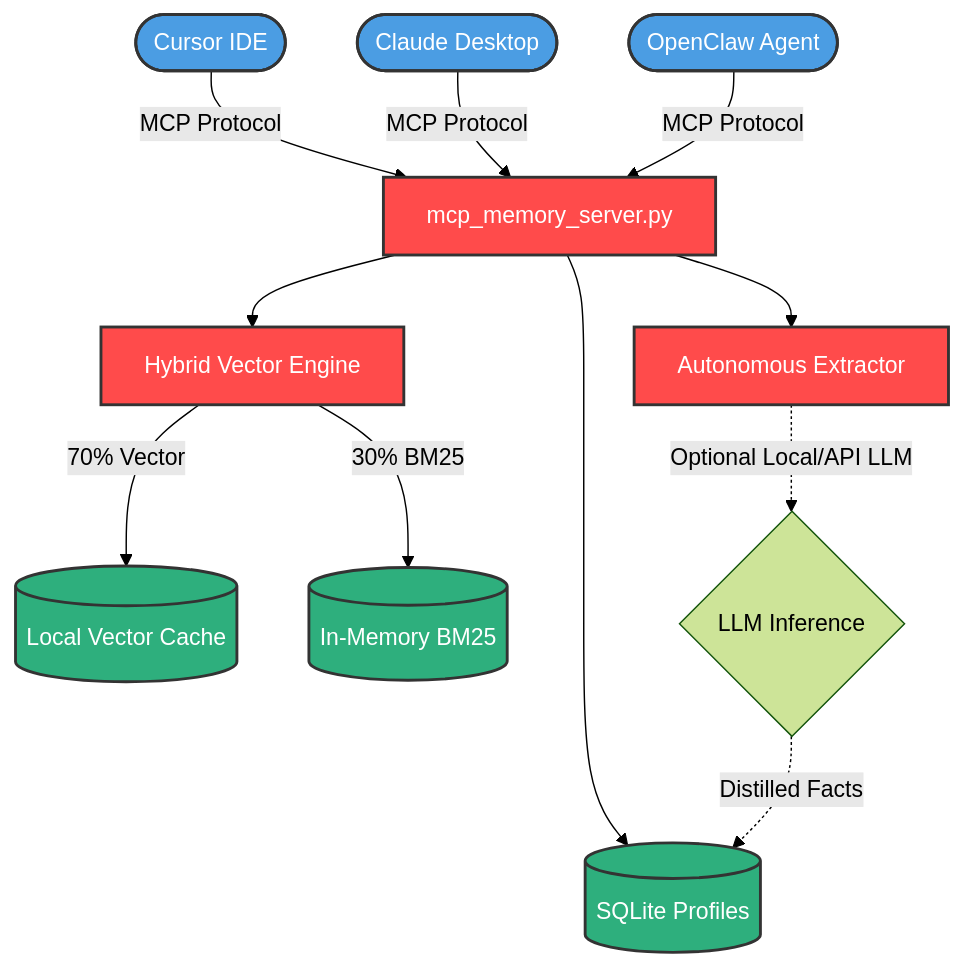
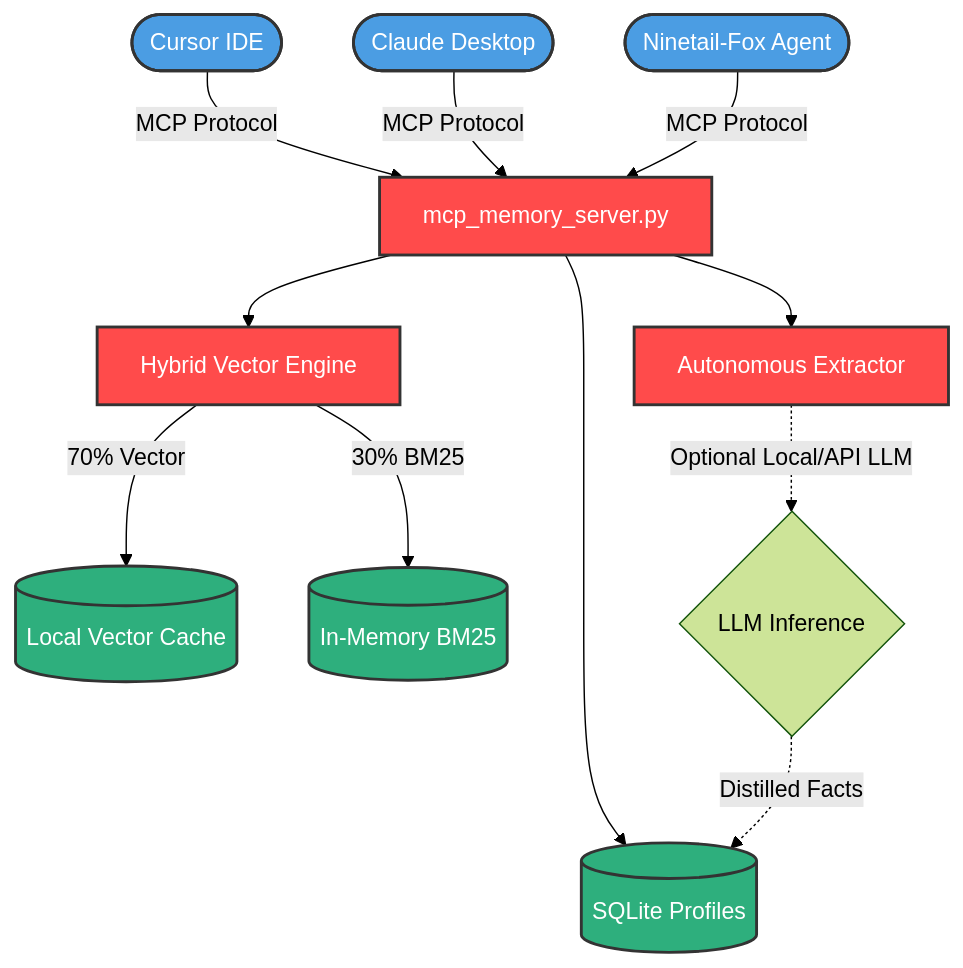
One commit to sunhonghua1/Ninetail-Fox-Memory- changed the diagram in README.md. Above: the diagram before and after it, drawn with Mermaid (forest theme). The commit also changed other lines of this file, not shown here.

Commit message:
docs: Replace all OpenClaw references with Ninetail-Fox

````diff
--- a/README.md
+++ b/README.md
@@ -92,22 +92,22 @@
 ```mermaid
 graph TD
     classDef client fill:#4b9de3,stroke:#333,stroke-width:2px,color:#fff;
     classDef core fill:#ff4b4b,stroke:#333,stroke-width:2px,color:#fff;
     classDef db fill:#2eaf7d,stroke:#333,stroke-width:2px,color:#fff;
 
     ClientA([Cursor IDE]):::client
     ClientB([Claude Desktop]):::client
-    ClientC([OpenClaw Agent]):::client
+    ClientC([Ninetail-Fox Agent]):::client
 
     ClientA & ClientB & ClientC -->|MCP Protocol| MCP[mcp_memory_server.py]:::core
     
     MCP --> Search[Hybrid Vector Engine]:::core
     MCP --> Profiles[(SQLite Profiles)]:::db
     MCP --> Ex[Autonomous Extractor]:::core
     
     Search -->|70% Vector| VectorDB[(Local Vector Cache)]:::db
     Search -->|30% BM25| KeywordDB[(In-Memory BM25)]:::db
     
     Ex -.->|Optional Local/API LLM| LLM{LLM Inference}
     LLM -.->|Distilled Facts| Profiles
 ```
````
